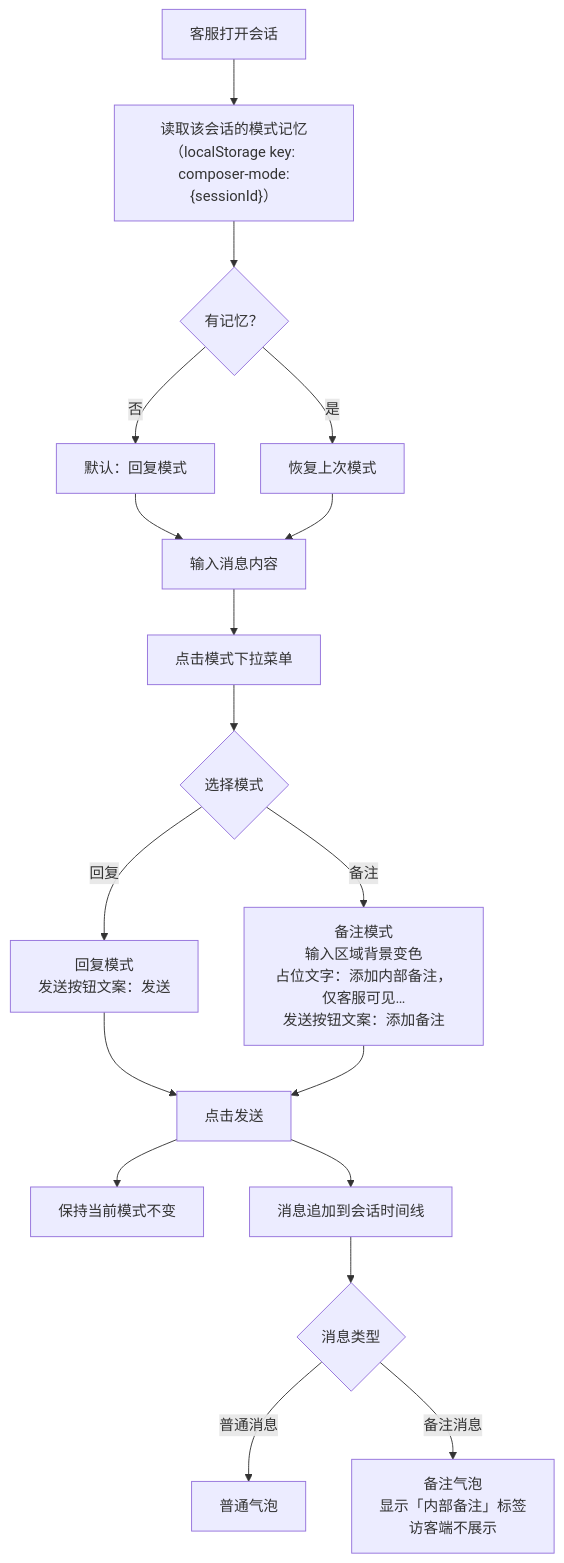
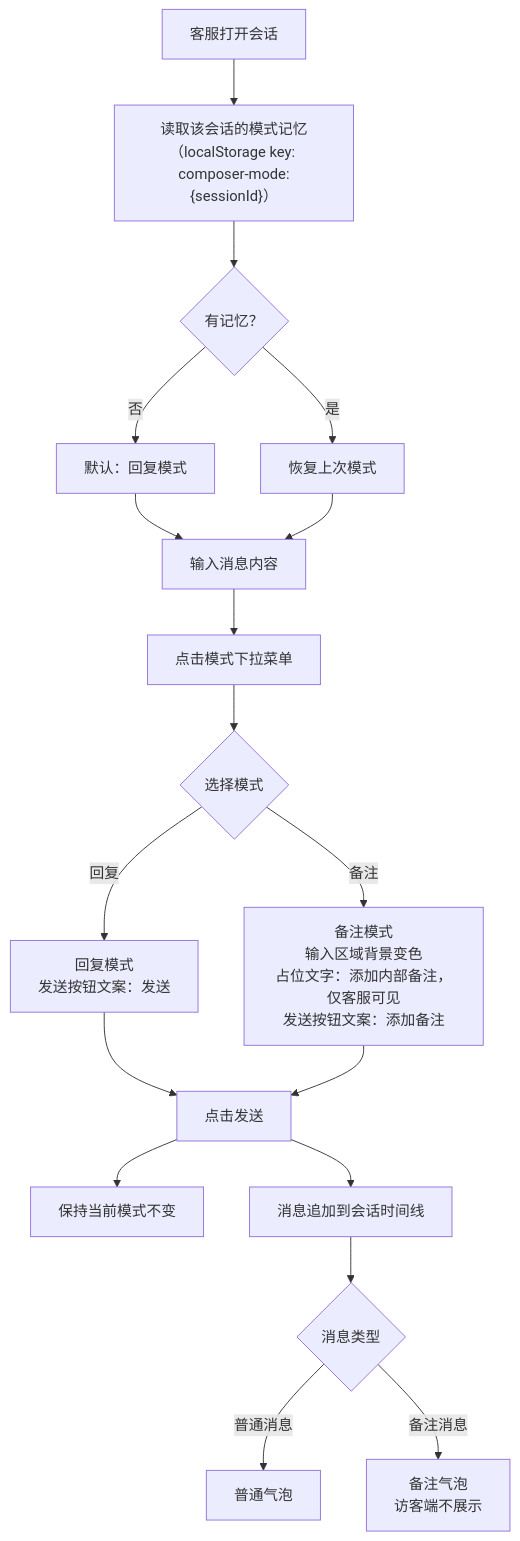
The second of 2 diagrams in docs/PRD-在线会话Note内部备注.md (goeye/twt), drawn with Mermaid before and after one commit. The commit also changed other lines of this file and 3 other files, not shown here.

First line of the commit message:
更新消息模块搜索框和筛选行图标样式

````diff
--- a/docs/PRD-在线会话Note内部备注.md
+++ b/docs/PRD-在线会话Note内部备注.md
@@ -53,20 +53,20 @@
 ```mermaid
 flowchart TD
   Start["客服打开会话"] --> LoadMode["读取该会话的模式记忆\n（localStorage key: composer-mode:{sessionId}）"]
   LoadMode --> Default{"有记忆？"}
   Default -- 否 --> Reply["默认：回复模式"]
   Default -- 是 --> Restore["恢复上次模式"]
   Reply --> Compose["输入消息内容"]
   Restore --> Compose
   Compose --> ClickDropdown["点击模式下拉菜单"]
   ClickDropdown --> SelectMode{"选择模式"}
   SelectMode -- 回复 --> ReplyMode["回复模式\n发送按钮文案：发送"]
-  SelectMode -- 备注 --> NoteMode["备注模式\n输入区域背景变色\n占位文字：添加内部备注，仅客服可见…\n发送按钮文案：添加备注"]
+  SelectMode -- 备注 --> NoteMode["备注模式\n输入区域背景变色\n占位文字：添加内部备注，仅客服可见\n发送按钮文案：添加备注"]
   ReplyMode --> Send["点击发送"]
   NoteMode --> Send
   Send --> SaveMode["保持当前模式不变"]
   Send --> AppendMsg["消息追加到会话时间线"]
   AppendMsg --> Bubble{"消息类型"}
   Bubble -- 普通消息 --> NormalBubble["普通气泡"]
-  Bubble -- 备注消息 --> NoteBubble["备注气泡\n显示「内部备注」标签\n访客端不展示"]
+  Bubble -- 备注消息 --> NoteBubble["备注气泡\n访客端不展示"]
 ```
````
